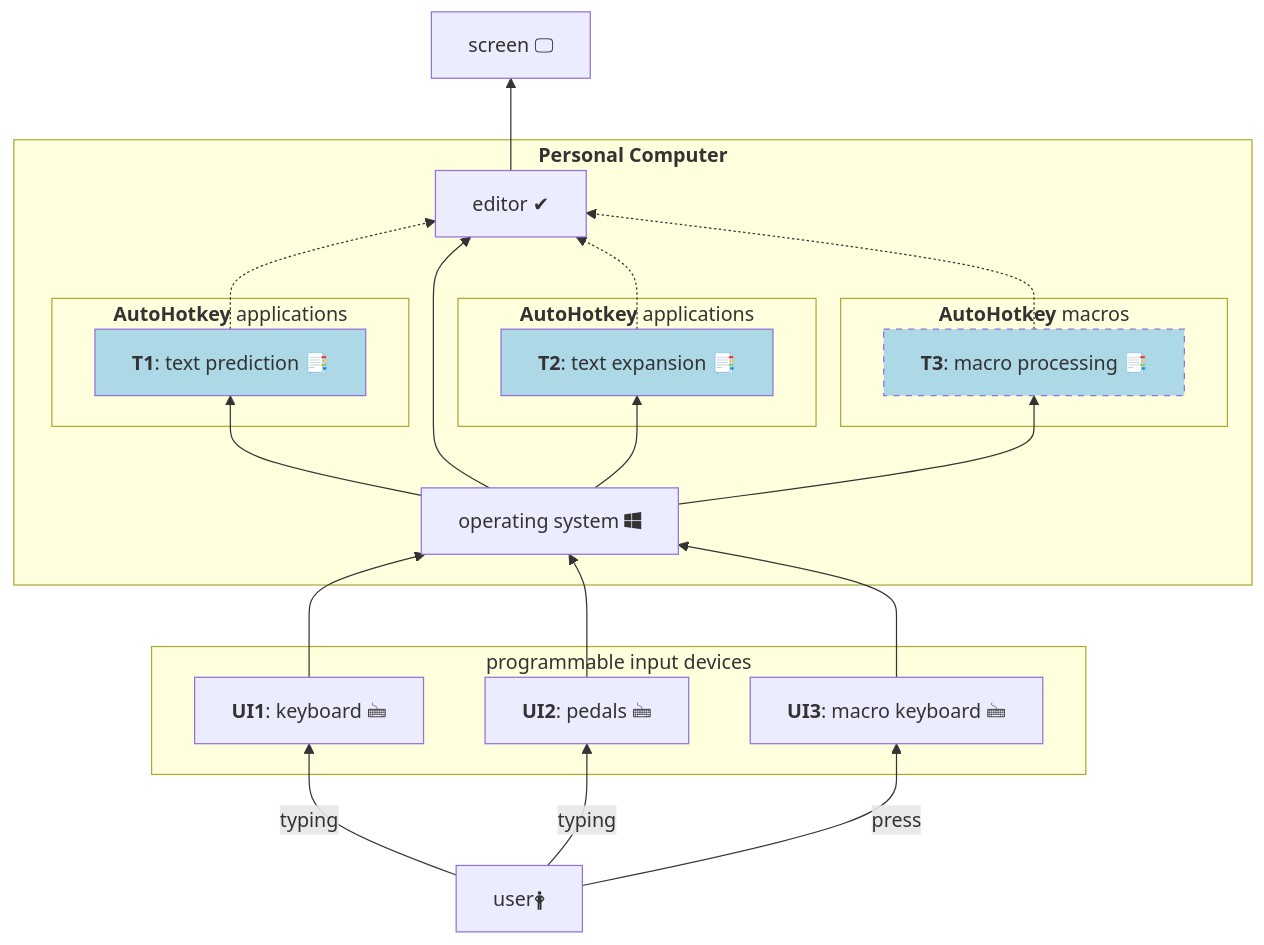
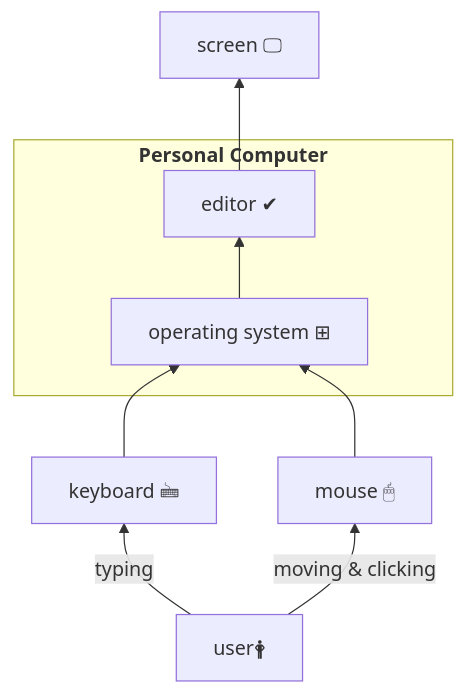
The first of 4 diagrams in BlockDiagrams_VSC.md (mslonik/mslonik), drawn with Mermaid before and after one commit. The commit also changed other lines of this file, not shown here.

````diff
--- a/BlockDiagrams_VSC.md
+++ b/BlockDiagrams_VSC.md
@@ -5,57 +26,22 @@
 ```mermaid
-%% new approach
+%% default / old approach
 flowchart BT
 	user["user🛉"]
-	keyboard["`**UI1**: keyboard 🖮`"]
-	pedals["`**UI2**: pedals 🖮`"]
-    MacroKeyboard["`**UI3**: macro keyboard 🖮`"] 
+	keyboard["`keyboard 🖮`"]
 	screen["screen 🖵"] 
-	OperatingSystem["operating system <i class="fa-brands fa-windows"></i>"]
+	OperatingSystem["operating system ⊞"]
 	editor["editor ✔"]
-	TextPrediction["`**T1**: text prediction 📑`"]
-	TextExpansion["`**T2**: text expansion 📑`"]
-    MacroProcessing["`**T3**: macro processing 📑`"]
+	mouse["`mouse 🖱`"]
 
-    user	-->	 |typing| keyboard
-    user	-->	 |typing| pedals
-    user    -->  |press| MacroKeyboard
-    
-    subgraph programmable input devices
-        keyboard
-        pedals
-        MacroKeyboard
-    end
+	user	-->	|typing| keyboard
+	user	-->  |moving & clicking| mouse
 
-    subgraph "`**Personal Computer**`"
-        
-        style TextPrediction 	fill:lightblue
-        style TextExpansion 	fill:lightblue
-        style MacroProcessing   fill:lightblue, stroke-dasharray:5
+	subgraph "`**Personal Computer**`"
+		OperatingSystem		--> 	editor
+	end
 
-        subgraph "`**AutoHotkey** applications`"
-            TextPrediction
-        end
+	keyboard	--> OperatingSystem
+	mouse	--> OperatingSystem
+	editor	--> screen
 
-        subgraph "`**AutoHotkey** applications`"
-            TextExpansion
-        end
-
-        subgraph "`**AutoHotkey** macros`"
-            MacroProcessing
-        end
-   
-        OperatingSystem		--> 	TextPrediction
-        OperatingSystem		--> 	TextExpansion
-        OperatingSystem     -->     MacroProcessing
-        
-        TextPrediction 		-.-> 	editor
-        OperatingSystem		--> 	editor
-        TextExpansion 		-.-> 	editor
-        MacroProcessing     -.->    editor
-    end
-
-        keyboard			--> 	OperatingSystem
-        pedals 				--> 	OperatingSystem
-        MacroKeyboard       -->     OperatingSystem
-        editor	            -->     screen
 ```
````
